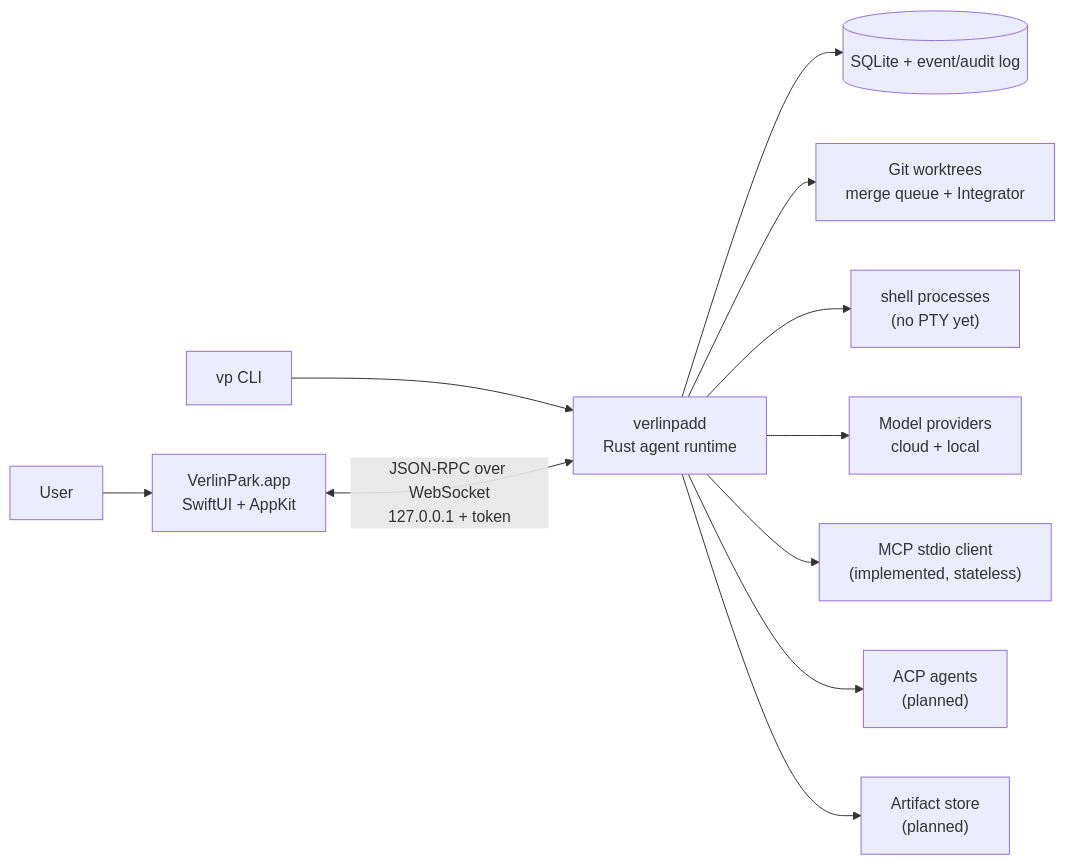
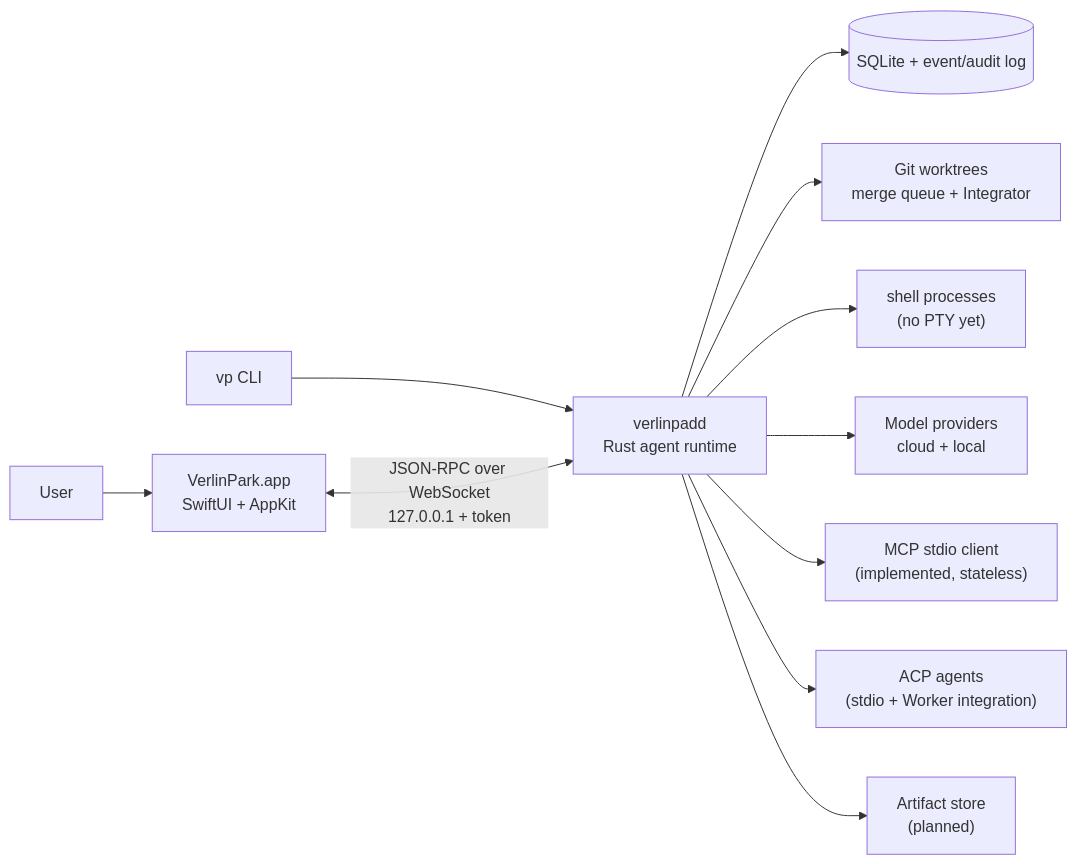
One commit to Verlintas/VerlinPark changed the diagram in README.md. Above: the diagram before and after it, drawn with Mermaid. The commit also changed other lines of this file and 26 other files, not shown here.

Commit message:
feat(acp): delegate tasks to external ACP agents

````diff
--- a/README.md
+++ b/README.md
@@ -74,13 +74,13 @@
 ```mermaid
 flowchart LR
   U[User] --> APP["VerlinPark.app<br/>SwiftUI + AppKit"]
   CLI["vp CLI"] --> CORE
   APP <-->|"JSON-RPC over WebSocket<br/>127.0.0.1 + token"| CORE["verlinpadd<br/>Rust agent runtime"]
   CORE --> DB[("SQLite + event/audit log")]
   CORE --> GIT["Git worktrees<br/>merge queue + Integrator"]
   CORE --> PTY["shell processes<br/>(no PTY yet)"]
   CORE --> LLM["Model providers<br/>cloud + local"]
   CORE --> MCP["MCP stdio client<br/>(implemented, stateless)"]
-  CORE --> ACP["ACP agents<br/>(planned)"]
+  CORE --> ACP["ACP agents<br/>(stdio + Worker integration)"]
   CORE --> ART["Artifact store<br/>(planned)"]
 ```
````
